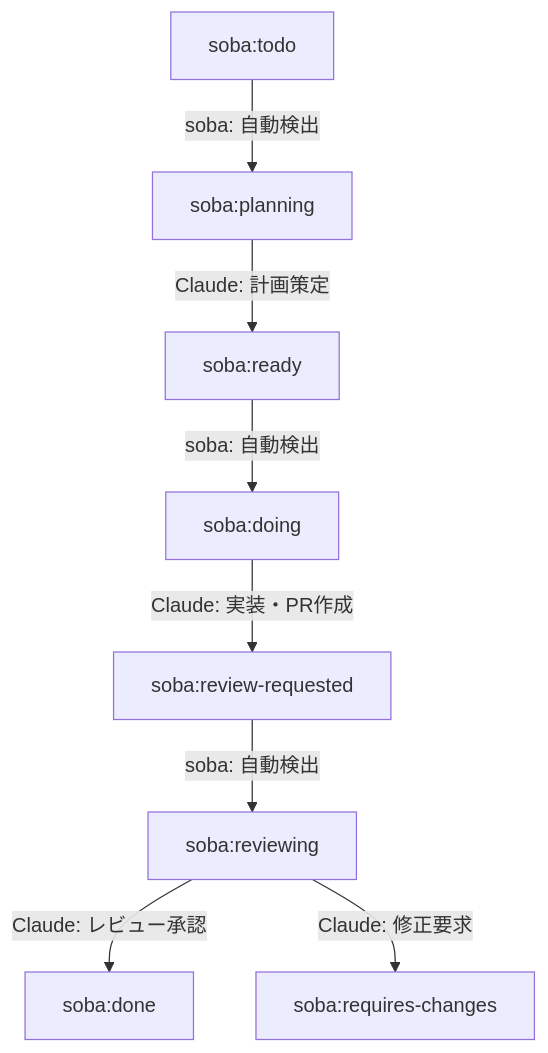
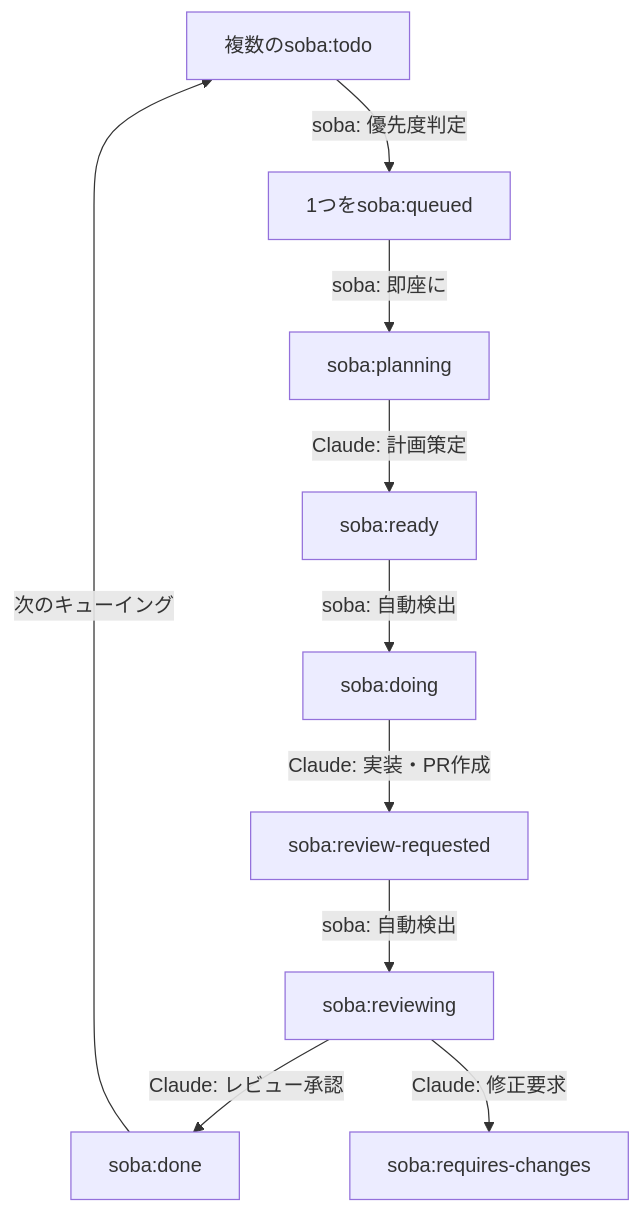
Before and after one commit to douhashi/soba-cli: the diagram in docs/business/workflow.md, drawn with Mermaid. The commit also changed other lines of this file and 1 other file, not shown here.

Commit message:
refactor: ワークフロー設計の改善とreviewフェーズ設定抽出
- ワークフローにsoba:queuedステートを追加し、排他制御を強化
- issue_processor.rbでreviewフェーズ設定の抽出処理を修正
- docs/business/workflow.mdでワークフロー図を更新し、キューイング処理を明確化

🤖 Generated with [Claude Code](https://claude.ai/code)

````diff
--- a/docs/business/workflow.md
+++ b/docs/business/workflow.md
@@ -9,10 +9,12 @@
 ```mermaid
 graph TD
-    A[soba:todo] -->|soba: 自動検出| B[soba:planning]
-    B -->|Claude: 計画策定| C[soba:ready]
-    C -->|soba: 自動検出| D[soba:doing]
-    D -->|Claude: 実装・PR作成| E[soba:review-requested]
-    E -->|soba: 自動検出| F[soba:reviewing]
-    F -->|Claude: レビュー承認| G[soba:done]
-    F -->|Claude: 修正要求| H[soba:requires-changes]
+    A[複数のsoba:todo] -->|soba: 優先度判定| B[1つをsoba:queued]
+    B -->|soba: 即座に| C[soba:planning]
+    C -->|Claude: 計画策定| D[soba:ready]
+    D -->|soba: 自動検出| E[soba:doing]
+    E -->|Claude: 実装・PR作成| F[soba:review-requested]
+    F -->|soba: 自動検出| G[soba:reviewing]
+    G -->|Claude: レビュー承認| H[soba:done]
+    G -->|Claude: 修正要求| I[soba:requires-changes]
+    H -->|次のキューイング| A
 ```
````
